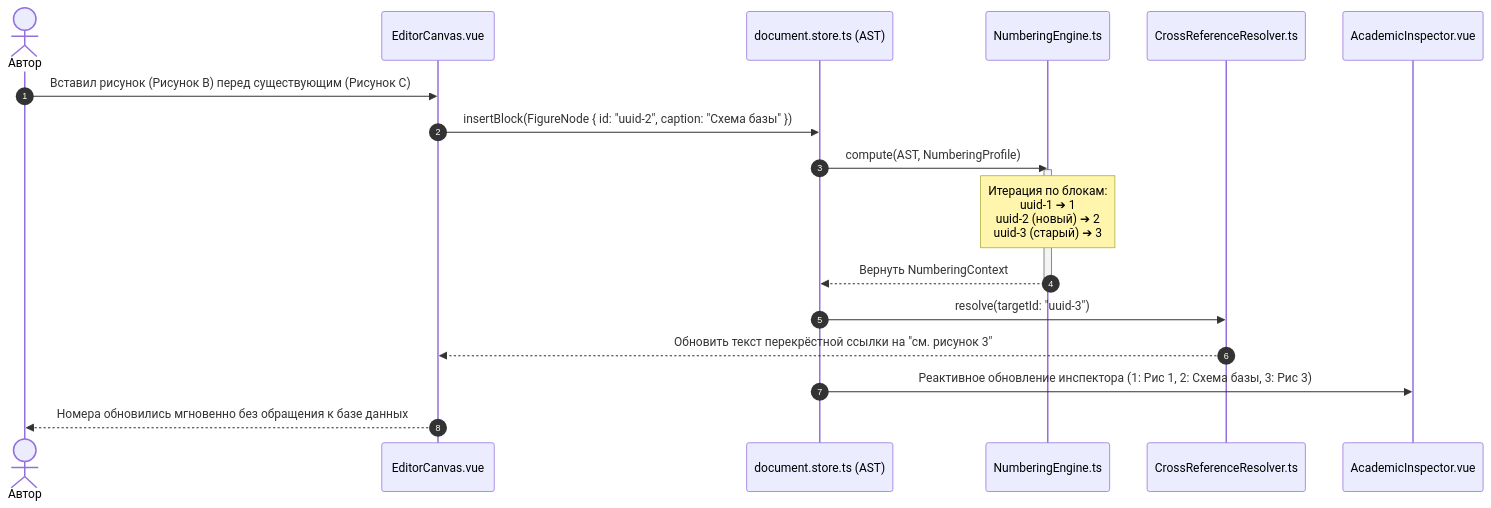
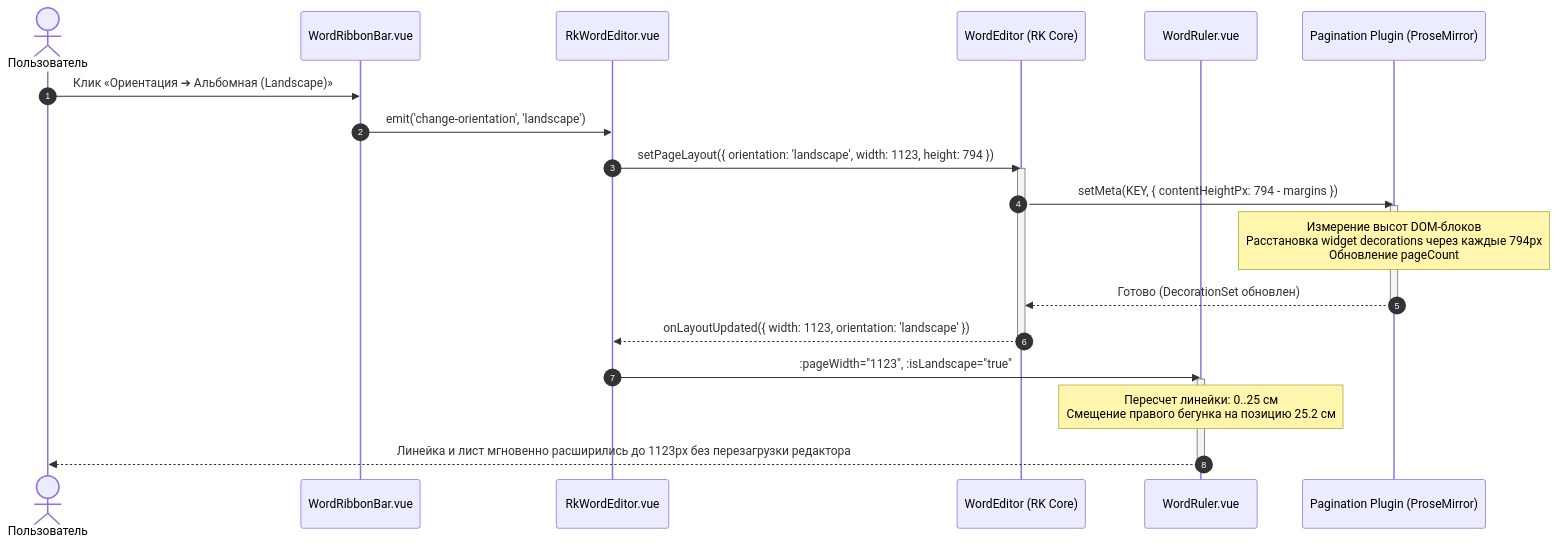
Before and after one commit to nagisokyn-prog/WorldWiki: the third of 4 diagrams in www.md, drawn with Mermaid. The commit also changed other lines of this file and 31 other files, not shown here.

Commit message:
feat: integrate RkWordEditor mode with ruler, ribbon bar, and paragraph formatting into the chapter editor

````diff
--- a/www.md
+++ b/www.md
@@ -335,22 +228,27 @@
 ```mermaid
 sequenceDiagram
     autonumber
-    actor Author as Автор
-    participant UI as EditorCanvas.vue
-    participant AST as document.store.ts (AST)
-    participant Num as NumberingEngine.ts
-    participant Ref as CrossReferenceResolver.ts
-    participant Insp as AcademicInspector.vue
+    actor User as Пользователь
+    participant Ribbon as WordRibbonBar.vue
+    participant VueWrapper as RkWordEditor.vue
+    participant RKCore as WordEditor (RK Core)
+    participant Ruler as WordRuler.vue
+    participant Decorator as Pagination Plugin (ProseMirror)
 
-    Author->>UI: Вставил рисунок (Рисунок B) перед существующим (Рисунок C)
-    UI->>AST: insertBlock(FigureNode { id: "uuid-2", caption: "Схема базы" })
-    AST->>Num: compute(AST, NumberingProfile)
-    activate Num
-    Note over Num: Итерация по блокам:<br/>uuid-1 ➔ 1<br/>uuid-2 (новый) ➔ 2<br/>uuid-3 (старый) ➔ 3
-    Num-->>AST: Вернуть NumberingContext
-    deactivate Num
-    AST->>Ref: resolve(targetId: "uuid-3")
-    Ref-->>UI: Обновить текст перекрёстной ссылки на "см. рисунок 3"
-    AST->>Insp: Реактивное обновление инспектора (1: Рис 1, 2: Схема базы, 3: Рис 3)
-    UI-->>Author: Номера обновились мгновенно без обращения к базе данных
+    User->>Ribbon: Клик «Ориентация ➔ Альбомная (Landscape)»
+    Ribbon->>VueWrapper: emit('change-orientation', 'landscape')
+    VueWrapper->>RKCore: setPageLayout({ orientation: 'landscape', width: 1123, height: 794 })
+    activate RKCore
+    RKCore->>Decorator: setMeta(KEY, { contentHeightPx: 794 - margins })
+    activate Decorator
+    Note over Decorator: Измерение высот DOM-блоков<br/>Расстановка widget decorations через каждые 794px<br/>Обновление pageCount
+    Decorator-->>RKCore: Готово (DecorationSet обновлен)
+    deactivate Decorator
+    RKCore-->>VueWrapper: onLayoutUpdated({ width: 1123, orientation: 'landscape' })
+    deactivate RKCore
+    VueWrapper->>Ruler: :pageWidth="1123", :isLandscape="true"
+    activate Ruler
+    Note over Ruler: Пересчет линейки: 0..25 см<br/>Смещение правого бегунка на позицию 25.2 см
+    Ruler-->>User: Линейка и лист мгновенно расширились до 1123px без перезагрузки редактора
+    deactivate Ruler
 ```
````
